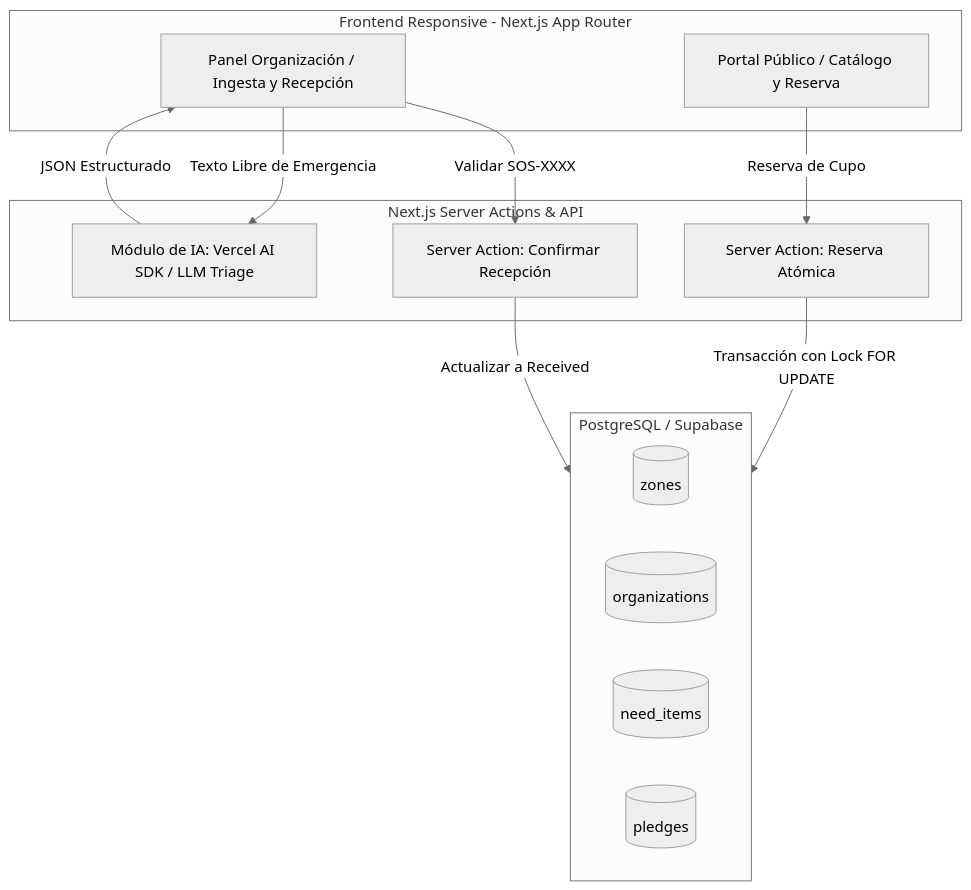
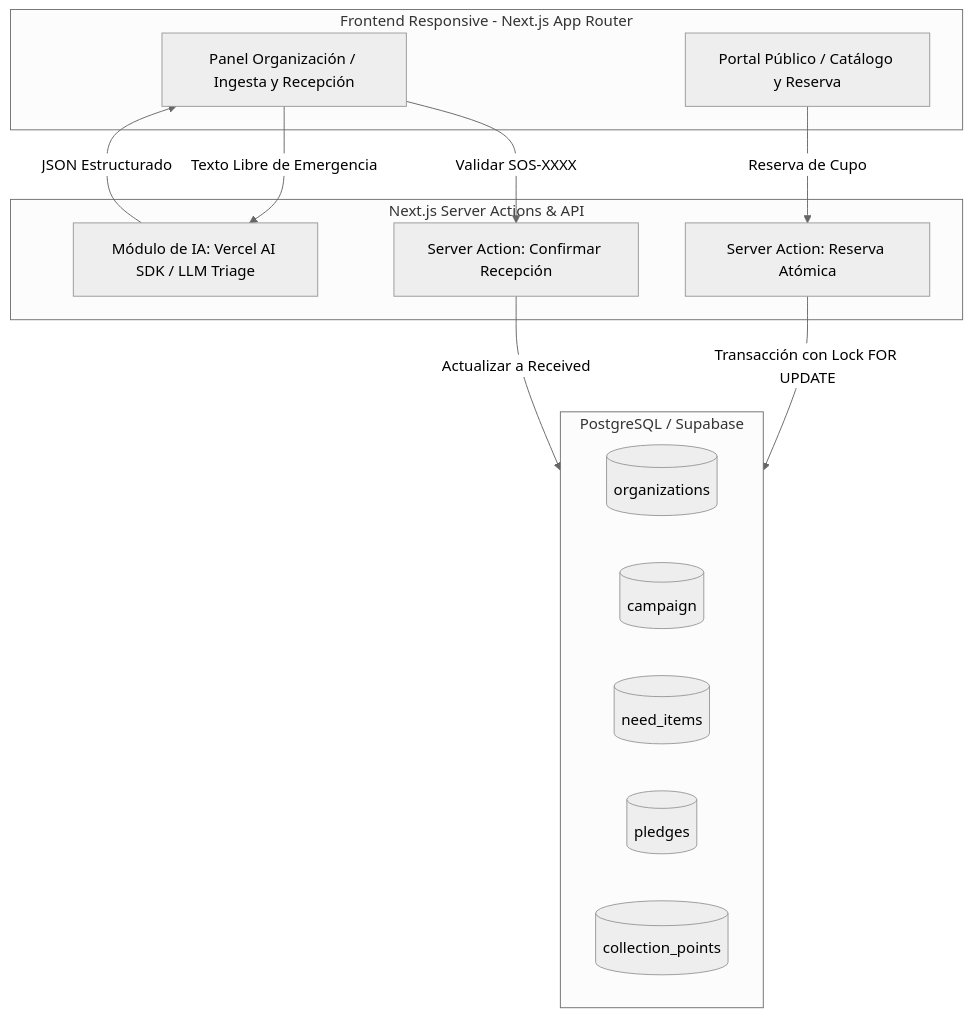
One commit to JuniorCorzo/handly changed the first of 2 diagrams in docs/architecture/PROPUESTA_ARQUITECTURA.md. Above: the diagram before and after it, drawn with Mermaid (neutral theme). The commit also changed other lines of this file, not shown here.

First line of the commit message:
docs(architecture): align Handly naming, zone model and collection points visibility

````diff
--- a/docs/architecture/PROPUESTA_ARQUITECTURA.md
+++ b/docs/architecture/PROPUESTA_ARQUITECTURA.md
@@ -51,28 +53,29 @@
 ```mermaid
 flowchart TD
     subgraph Cliente [Frontend Responsive - Next.js App Router]
         V_Donante[Portal Público / Catálogo y Reserva]
         V_Org[Panel Organización / Ingesta y Recepción]
     end
 
     subgraph ServerLayer [Next.js Server Actions & API]
         AI_Service[Módulo de IA: Vercel AI SDK / LLM Triage]
         SA_Pledge[Server Action: Reserva Atómica]
         SA_Acopio[Server Action: Confirmar Recepción]
     end
 
     subgraph Persistencia [PostgreSQL / Supabase]
-        T_Zones[(zones)]
         T_Org[(organizations)]
+        T_Campaign[(campaign)]
         T_Needs[(need_items)]
         T_Pledge[(pledges)]
+        T_CP[(collection_points)]
     end
 
     V_Org -->|Texto Libre de Emergencia| AI_Service
     AI_Service -->|JSON Estructurado| V_Org
     V_Donante -->|Reserva de Cupo| SA_Pledge
     V_Org -->|Validar SOS-XXXX| SA_Acopio
 
     SA_Pledge -->|Transacción con Lock FOR UPDATE| Persistencia
     SA_Acopio -->|Actualizar a Received| Persistencia
 ```
````
